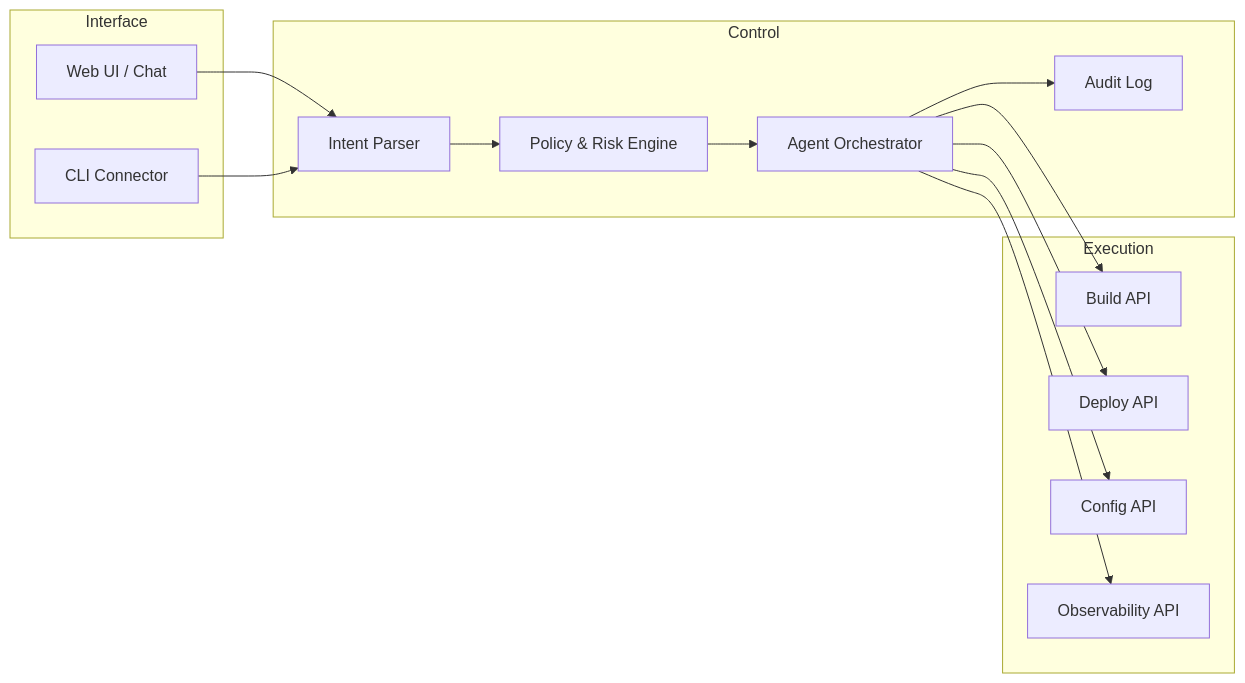
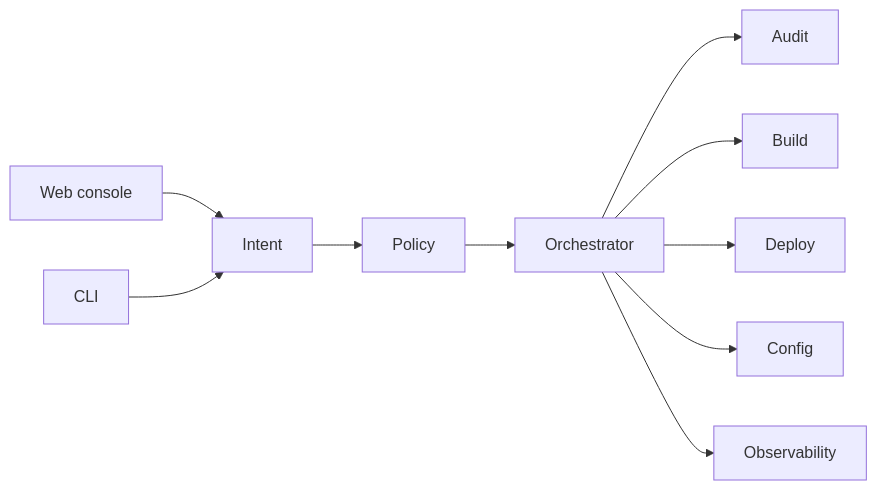
Before and after one commit to binartist/about-me: the diagram in src/en/products/deploybot.md, drawn with Mermaid. The commit also changed other lines of this file and 10 other files, not shown here.

````diff
--- a/src/en/products/deploybot.md
+++ b/src/en/products/deploybot.md
@@ -15,28 +11,12 @@
 ```mermaid
 flowchart LR
-  subgraph Interface
-    WebUI[Web UI / Chat]
-    CLI[CLI Connector]
-  end
-  subgraph Control
-    Intent[Intent Parser]
-    Policy[Policy & Risk Engine]
-    Orchestrator[Agent Orchestrator]
-    Audit[Audit Log]
-  end
-  subgraph Execution
-    BuildAPI[Build API]
-    DeployAPI[Deploy API]
-    ConfigAPI[Config API]
-    ObserveAPI[Observability API]
-  end
-  WebUI --> Intent
-  CLI --> Intent
-  Intent --> Policy
-  Policy --> Orchestrator
-  Orchestrator --> Audit
-  Orchestrator --> BuildAPI
-  Orchestrator --> DeployAPI
-  Orchestrator --> ConfigAPI
-  Orchestrator --> ObserveAPI
+  Web[Web console] --> Intent[Intent]
+  CLI[CLI] --> Intent
+  Intent --> Policy[Policy]
+  Policy --> Orch[Orchestrator]
+  Orch --> Audit[Audit]
+  Orch --> Build[Build]
+  Orch --> Deploy[Deploy]
+  Orch --> Config[Config]
+  Orch --> Observe[Observability]
 ```
````
